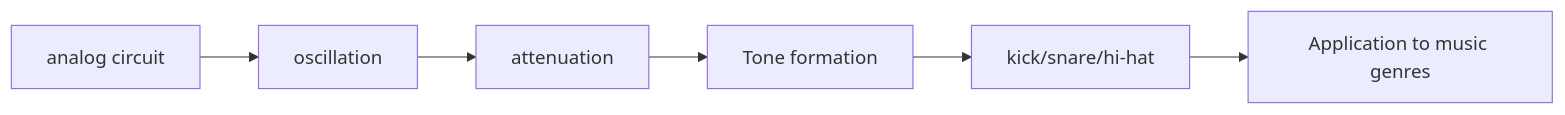
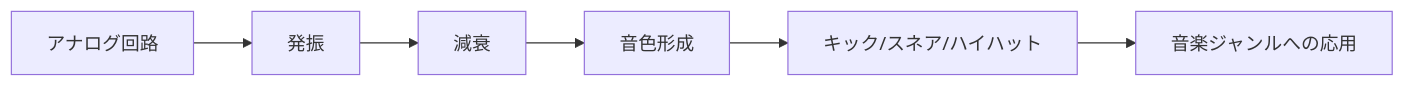
The second of 2 diagrams in en/_posts/2026-04-03-column-roland-tr-808.md (monumental-movement/monumental-movement.github.io), drawn with Mermaid before and after one commit. The commit also changed other lines of this file and 2196 other files, not shown here.

```diff
--- a/en/_posts/2026-04-03-column-roland-tr-808.md
+++ b/en/_posts/2026-04-03-column-roland-tr-808.md
@@ -129,8 +129,8 @@
 <div class="mermaid">
 flowchart LR
-    A[analog circuit] --> B[oscillation]
-    B --> C[attenuation]
-    C --> D[Tone formation]
-    D --> E[kick/snare/hi-hat]
-    E --> F[Application to music genres]
+    A[アナログ回路] --> B[発振]
+    B --> C[減衰]
+    C --> D[音色形成]
+    D --> E[キック/スネア/ハイハット]
+    E --> F[音楽ジャンルへの応用]
 </div>
```
